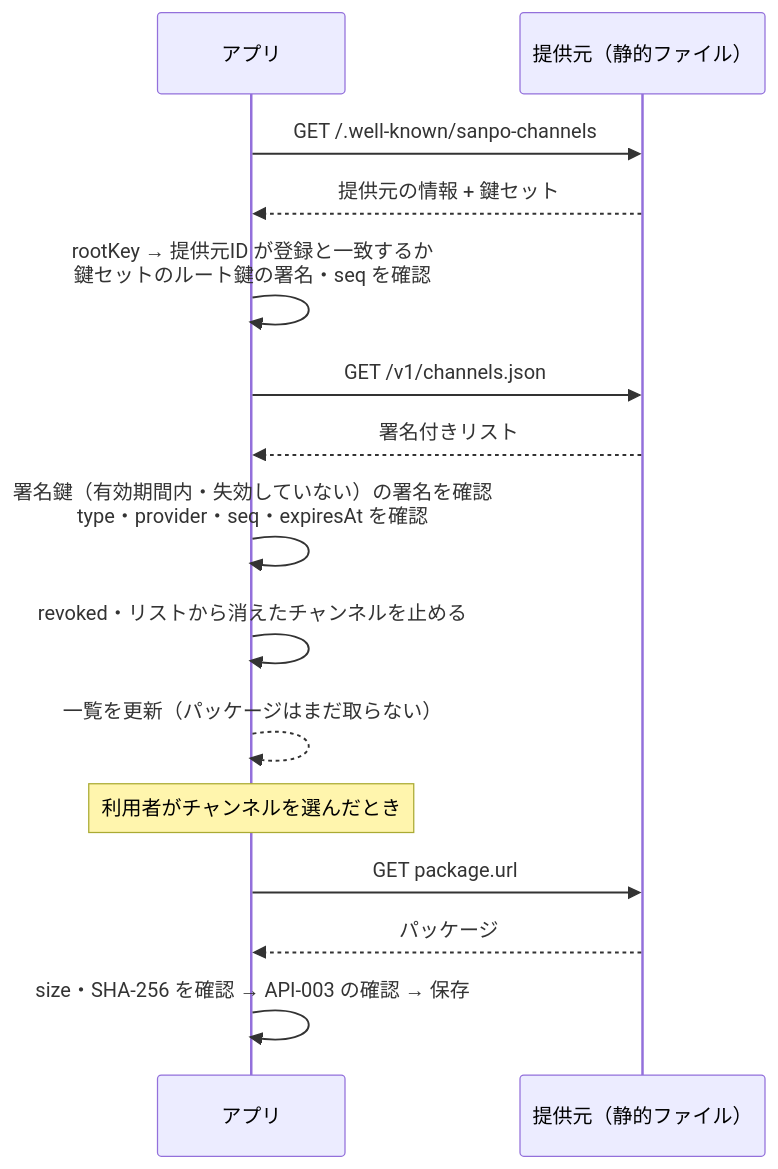
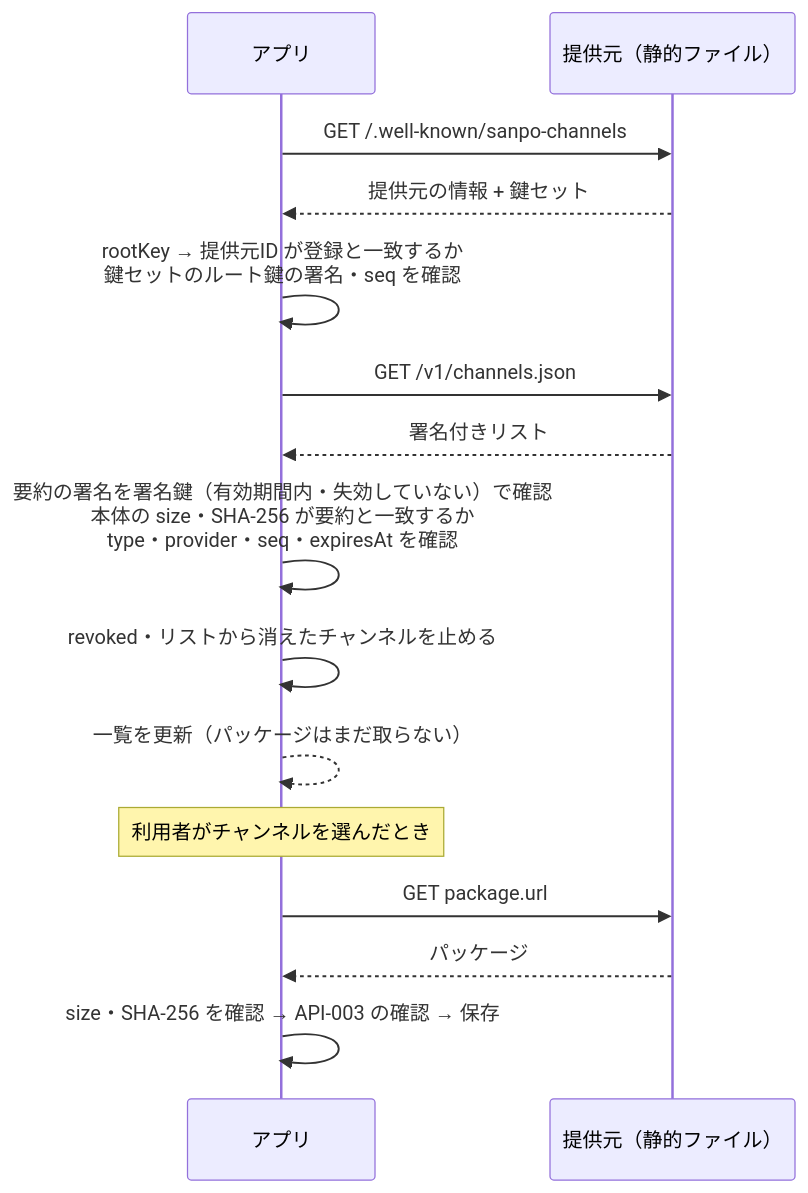
Before and after one commit to duwenji/SanpoGuide: the second of 2 diagrams in docs/channel-list-api.md, drawn with Mermaid. The commit also changed other lines of this file and 3 other files, not shown here.

````diff
--- a/docs/channel-list-api.md
+++ b/docs/channel-list-api.md
@@ -228,17 +272,17 @@
 ```mermaid
 sequenceDiagram
     participant A as アプリ
     participant H as 提供元（静的ファイル）
     A->>H: GET /.well-known/sanpo-channels
     H-->>A: 提供元の情報 + 鍵セット
     A->>A: rootKey → 提供元ID が登録と一致するか<br/>鍵セットのルート鍵の署名・seq を確認
     A->>H: GET /v1/channels.json
     H-->>A: 署名付きリスト
-    A->>A: 署名鍵（有効期間内・失効していない）の署名を確認<br/>type・provider・seq・expiresAt を確認
+    A->>A: 要約の署名を署名鍵（有効期間内・失効していない）で確認<br/>本体の size・SHA-256 が要約と一致するか<br/>type・provider・seq・expiresAt を確認
     A->>A: revoked・リストから消えたチャンネルを止める
     A-->>A: 一覧を更新（パッケージはまだ取らない）
     Note over A: 利用者がチャンネルを選んだとき
     A->>H: GET package.url
     H-->>A: パッケージ
     A->>A: size・SHA-256 を確認 → API-003 の確認 → 保存
 ```
````
